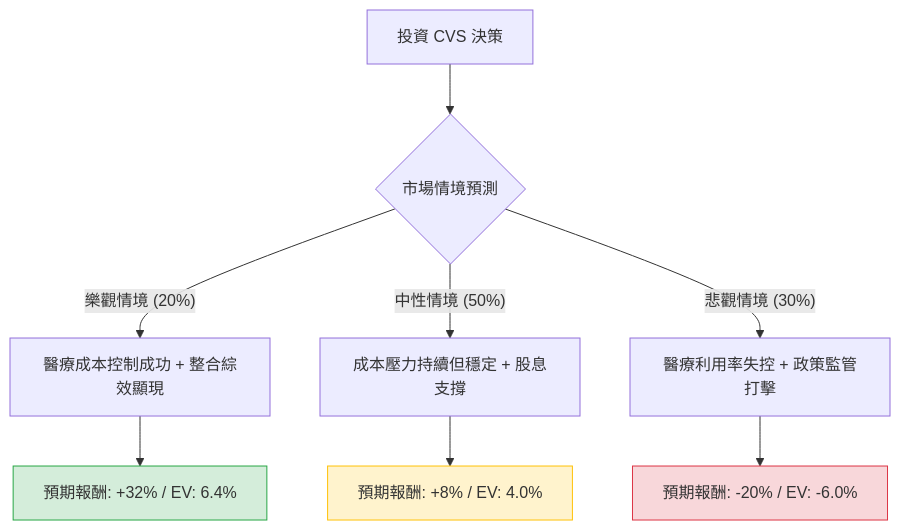
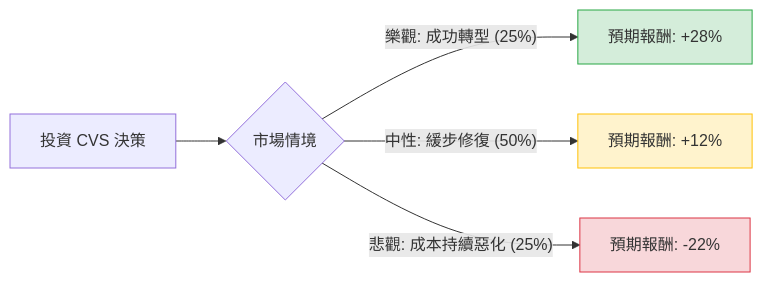
The diagram in plugin-react/ai-analysis/ev-analysis/CVS.md (zmcx16/zmcx16.github.io), drawn with Mermaid before and after one commit. The commit also changed other lines of this file and 70 other files, not shown here.

````diff
--- a/plugin-react/ai-analysis/ev-analysis/CVS.md
+++ b/plugin-react/ai-analysis/ev-analysis/CVS.md
@@ -19,16 +20,12 @@
 ```mermaid
-graph TD
-    A[投資 CVS 決策] --> B{市場情境預測}
+graph LR
+    A[投資 CVS 決策] --> B{市場情境}
     
-    B -- 樂觀情境 (20%) --> C[醫療成本控制成功 + 整合綜效顯現]
-    B -- 中性情境 (50%) --> D[成本壓力持續但穩定 + 股息支撐]
-    B -- 悲觀情境 (30%) --> E[醫療利用率失控 + 政策監管打擊]
+    B -- 樂觀: 成功轉型 (25%) --> C[預期報酬: +28%]
+    B -- 中性: 緩步修復 (50%) --> D[預期報酬: +12%]
+    B -- 悲觀: 成本持續惡化 (25%) --> E[預期報酬: -22%]
 
-    C --> C1[預期報酬: +32% / EV: 6.4%]
-    D --> D1[預期報酬: +8% / EV: 4.0%]
-    E --> E1[預期報酬: -20% / EV: -6.0%]
-
-    style C1 fill:#d4edda,stroke:#28a745
-    style D1 fill:#fff3cd,stroke:#ffc107
-    style E1 fill:#f8d7da,stroke:#dc3545
+    style C fill:#d4edda,stroke:#28a745
+    style D fill:#fff3cd,stroke:#ffc107
+    style E fill:#f8d7da,stroke:#dc3545
 ```
````
